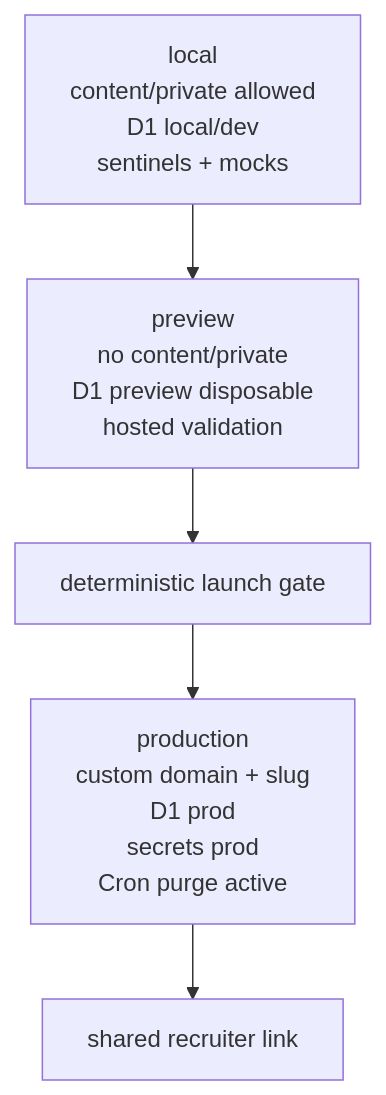
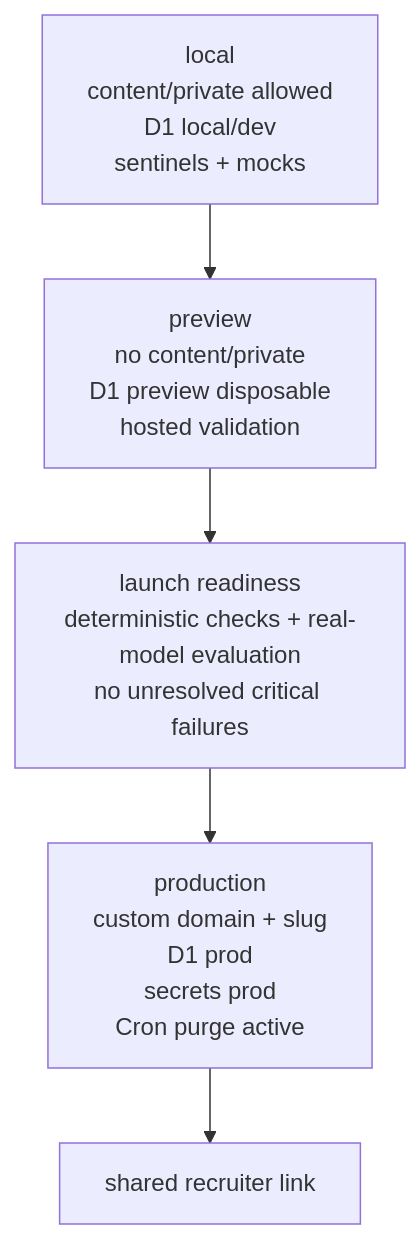
Before and after one commit to CanVc/candidate-copilot: the fourth of 5 diagrams in docs/_bmad-output/planning-artifacts/architecture/architecture-candidate-copilot-2026-09-11/ARCHITECTURE-SPINE.md, drawn with Mermaid. The commit also changed other lines of this file and 13 other files, not shown here.

````diff
--- a/docs/_bmad-output/planning-artifacts/architecture/architecture-candidate-copilot-2026-09-11/ARCHITECTURE-SPINE.md
+++ b/docs/_bmad-output/planning-artifacts/architecture/architecture-candidate-copilot-2026-09-11/ARCHITECTURE-SPINE.md
@@ -285,7 +527,7 @@
 ```mermaid
 flowchart TB
   Local[local\ncontent/private allowed\nD1 local/dev\nsentinels + mocks] --> Preview[preview\nno content/private\nD1 preview disposable\nhosted validation]
-  Preview --> Gate[deterministic launch gate]
+  Preview --> Gate[launch readiness\ndeterministic checks + real-model evaluation\nno unresolved critical failures]
   Gate --> Production[production\ncustom domain + slug\nD1 prod\nsecrets prod\nCron purge active]
   Production --> Recruiters[shared recruiter link]
 ```
````
